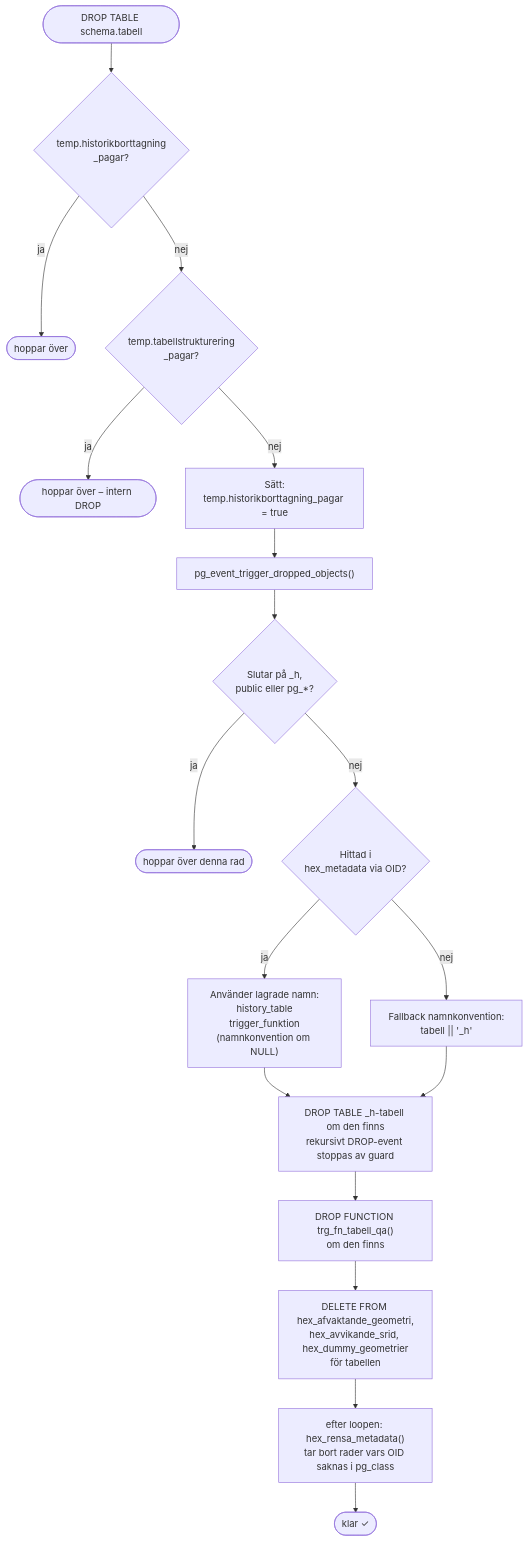
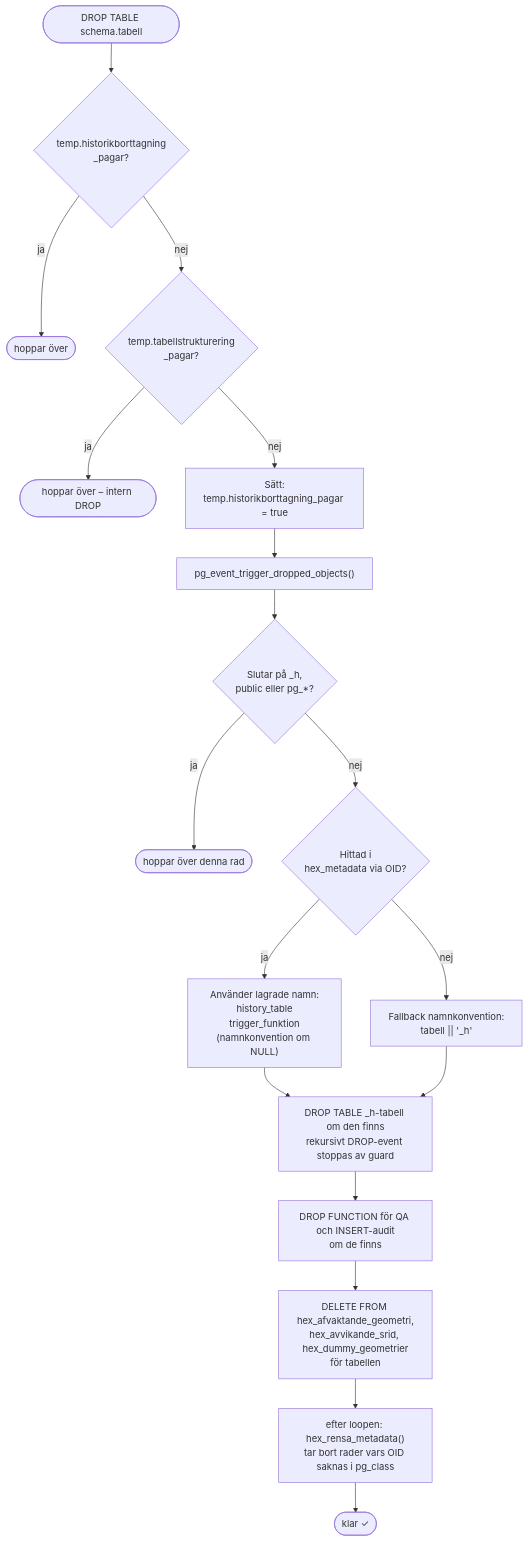
One commit to Geodata-Kungsbacka/Hex changed the seventh of 9 diagrams in LOGIC_MAP.md. Above: the diagram before and after it, drawn with Mermaid. The commit also changed other lines of this file and 5 other files, not shown here.

````diff
--- a/LOGIC_MAP.md
+++ b/LOGIC_MAP.md
@@ -868,20 +871,20 @@
 ```mermaid
 flowchart TD
     START(["DROP TABLE schema.tabell"])
     START --> G1{"temp.historikborttagning<br/>_pagar?"}
     G1 --> |ja| STOP(["hoppar över"])
     G1 --> |nej| G2{"temp.tabellstrukturering<br/>_pagar?"}
     G2 --> |ja| STOP2(["hoppar över – intern DROP"])
     G2 --> |nej| SET["Sätt:<br/>temp.historikborttagning_pagar = true"]
     SET --> LOOP["pg_event_trigger_dropped_objects()"]
     LOOP --> SKIP{"Slutar på _h,<br/>public eller pg_*?"}
     SKIP --> |ja| CONT(["hoppar över denna rad"])
     SKIP --> |nej| META{"Hittad i<br/>hex_metadata via OID?"}
     META --> |ja| FOUND["Använder lagrade namn:<br/>history_table<br/>trigger_funktion<br/>(namnkonvention om NULL)"]
     META --> |nej| FALL["Fallback namnkonvention:<br/>tabell || '_h'"]
     FOUND & FALL --> DT["DROP TABLE _h-tabell om den finns<br/>rekursivt DROP-event stoppas av guard"]
-    DT --> DF["DROP FUNCTION trg_fn_tabell_qa()<br/>om den finns"]
+    DT --> DF["DROP FUNCTION för QA och INSERT-audit<br/>om de finns"]
     DF --> DELAFV["DELETE FROM hex_afvaktande_geometri,<br/>hex_avvikande_srid, hex_dummy_geometrier<br/>för tabellen"]
     DELAFV --> DEL["efter loopen: hex_rensa_metadata()<br/>tar bort rader vars OID saknas i pg_class"]
     DEL --> DONE(["klar ✓"])
 ```
````
